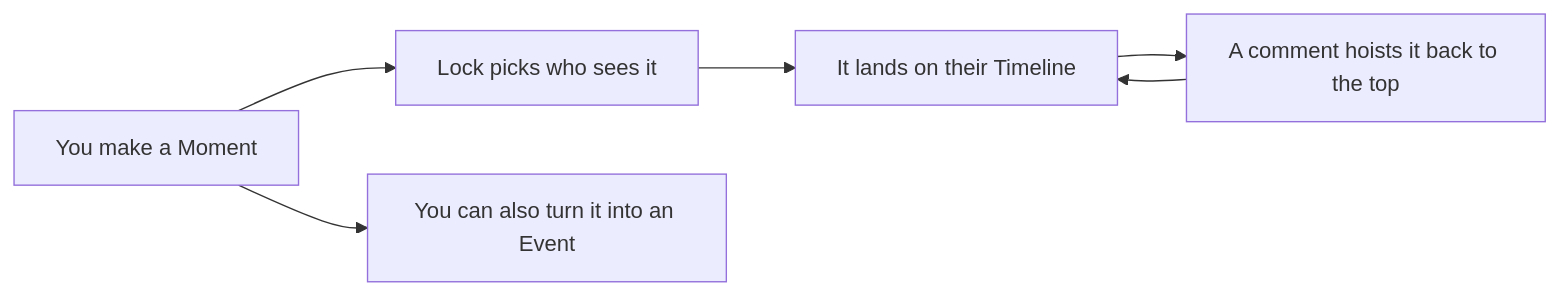
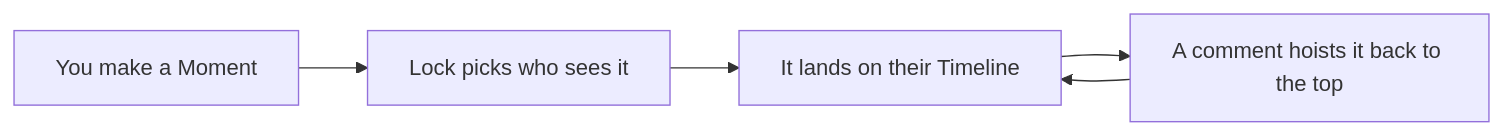
One commit to yoshirozay/social-media-app changed the first of 2 diagrams in README.md. Above: the diagram before and after it, drawn with Mermaid. The commit also changed 1 other file, not shown here.

Commit message:
Remove the Moment-to-Event shortcut. That was not how it worked.

````diff
--- a/README.md
+++ b/README.md
@@ -35,8 +35,7 @@
 ```mermaid
 flowchart LR
   A[You make a Moment] --> B[Lock picks who sees it]
   B --> C[It lands on their Timeline]
   C --> D[A comment hoists it back to the top]
   D --> C
-  A --> E[You can also turn it into an Event]
 ```
````
